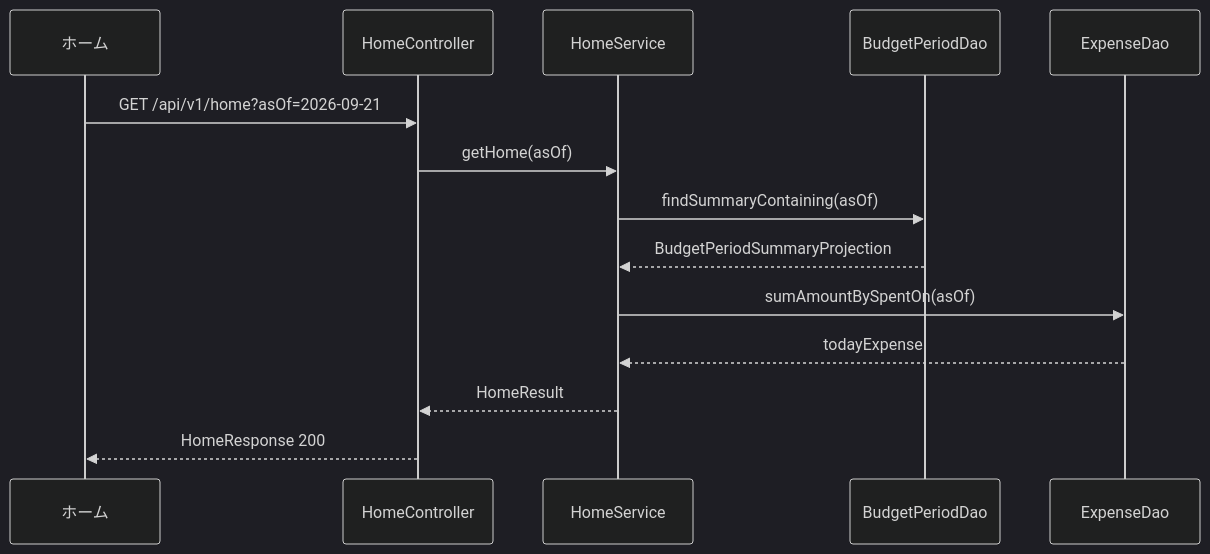
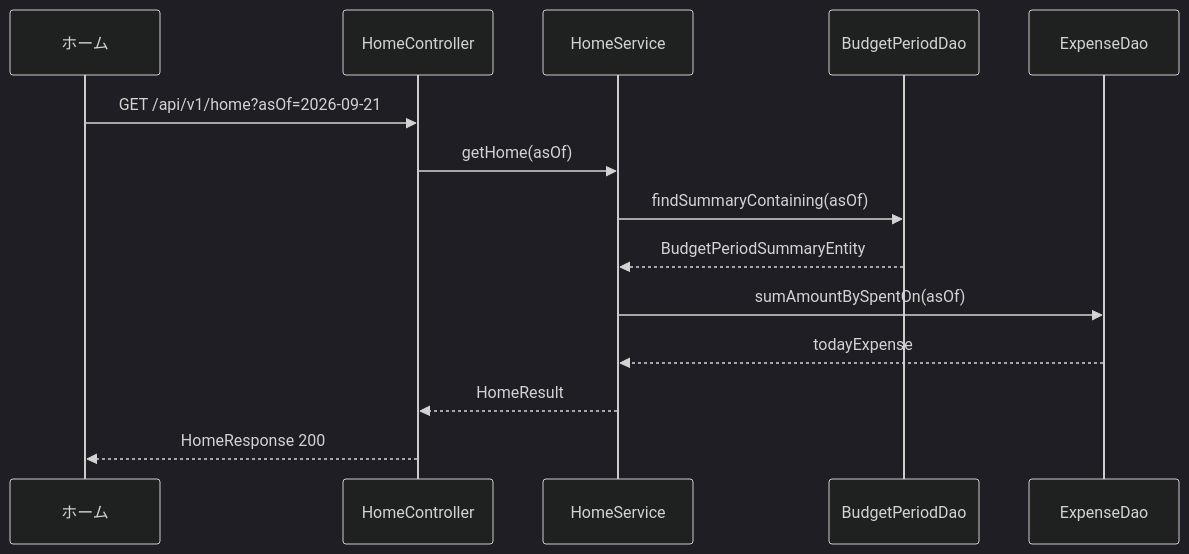
One commit to okShin0420/ZuboraKakeibo changed the third of 8 diagrams in docs/architecture/PROGRAM_FUNCTION_STRUCTURE.md. Above: the diagram before and after it, drawn with Mermaid (dark theme). The commit also changed other lines of this file and 114 other files, not shown here.

````diff
--- a/docs/architecture/PROGRAM_FUNCTION_STRUCTURE.md
+++ b/docs/architecture/PROGRAM_FUNCTION_STRUCTURE.md
@@ -212,17 +239,17 @@
 ```mermaid
 sequenceDiagram
     participant UI as ホーム
     participant C as HomeController
     participant S as HomeService
     participant BP as BudgetPeriodDao
     participant E as ExpenseDao
 
     UI->>C: GET /api/v1/home?asOf=2026-09-21
     C->>S: getHome(asOf)
     S->>BP: findSummaryContaining(asOf)
-    BP-->>S: BudgetPeriodSummaryProjection
+    BP-->>S: BudgetPeriodSummaryEntity
     S->>E: sumAmountBySpentOn(asOf)
     E-->>S: todayExpense
     S-->>C: HomeResult
     C-->>UI: HomeResponse 200
 ```
````
